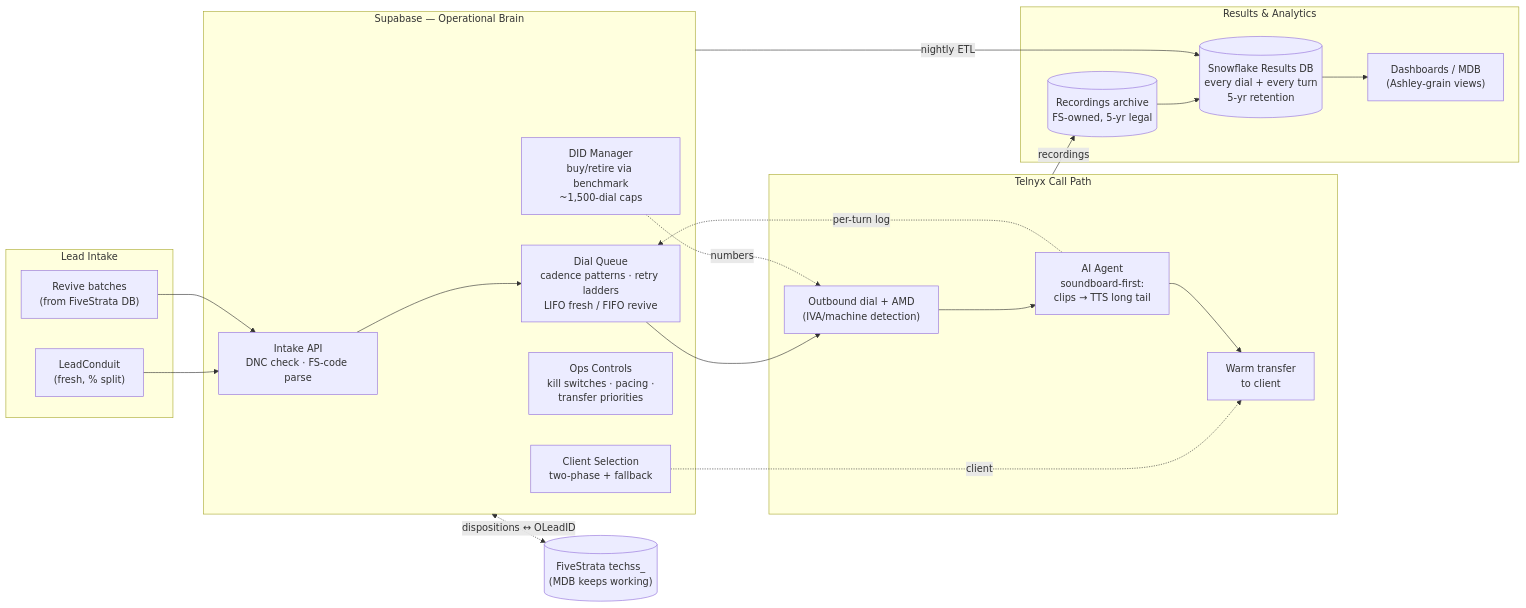
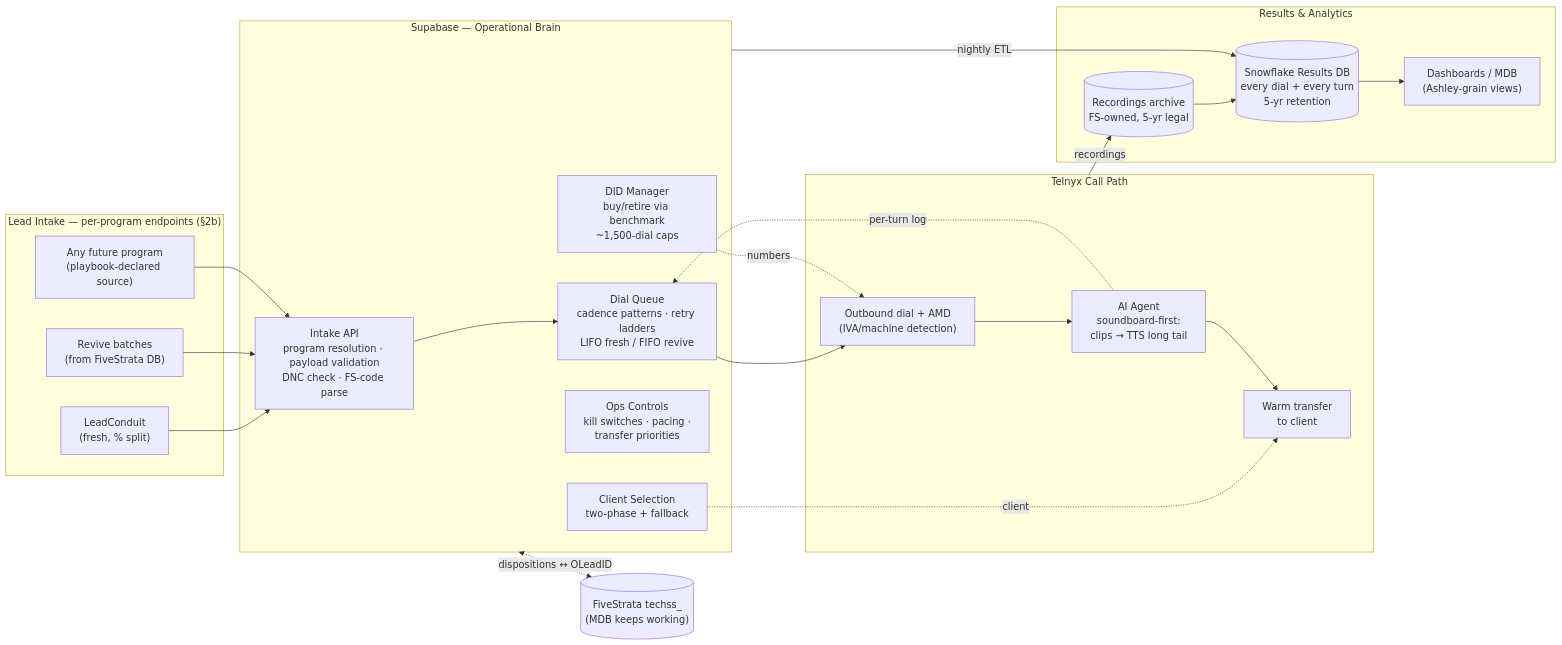
The first of 4 diagrams in docs/PRD.md (piermadsen-blcalls/fivestrata-dialer), drawn with Mermaid before and after one commit. The commit also changed other lines of this file, not shown here.

Commit message:
PRD: add tenant-agnostic intake diagram (§2b) — playbook -> shared core -> per-program delivery; program-keyed intake in system diagram

````diff
--- a/docs/PRD.md
+++ b/docs/PRD.md
@@ -18,42 +18,44 @@
 ```mermaid
 flowchart LR
-  subgraph IN["Lead Intake"]
+  subgraph IN["Lead Intake — per-program endpoints (§2b)"]
     LC["LeadConduit<br/>(fresh, % split)"]
     RV["Revive batches<br/>(from FiveStrata DB)"]
+    OTH["Any future program<br/>(playbook-declared source)"]
   end
 
   subgraph BRAIN["Supabase — Operational Brain"]
-    API["Intake API<br/>DNC check · FS-code parse"]
+    API["Intake API<br/>program resolution · payload validation<br/>DNC check · FS-code parse"]
     Q["Dial Queue<br/>cadence patterns · retry ladders<br/>LIFO fresh / FIFO revive"]
     DIDM["DID Manager<br/>buy/retire via benchmark<br/>~1,500-dial caps"]
     CSEL["Client Selection<br/>two-phase + fallback"]
     CTRL["Ops Controls<br/>kill switches · pacing ·<br/>transfer priorities"]
   end
 
   subgraph CALL["Telnyx Call Path"]
     DIAL["Outbound dial + AMD<br/>(IVA/machine detection)"]
     AGENT["AI Agent<br/>soundboard-first:<br/>clips → TTS long tail"]
     XFER["Warm transfer<br/>to client"]
   end
 
   subgraph DATA["Results & Analytics"]
     SF[("Snowflake Results DB<br/>every dial + every turn<br/>5-yr retention")]
     REC[("Recordings archive<br/>FS-owned, 5-yr legal")]
     DASH["Dashboards / MDB<br/>(Ashley-grain views)"]
   end
 
   LC --> API
   RV --> API
+  OTH --> API
   API --> Q
   Q --> DIAL
   DIDM -.numbers.-> DIAL
   DIAL --> AGENT
   CSEL -.client.-> XFER
   AGENT --> XFER
   AGENT -. per-turn log .-> Q
   BRAIN -- nightly ETL --> SF
   CALL -- recordings --> REC
   REC --> SF
   SF --> DASH
   BRAIN <-. dispositions ↔ OLeadID .-> TECHSS[("FiveStrata techss_<br/>(MDB keeps working)")]
 ```
````
